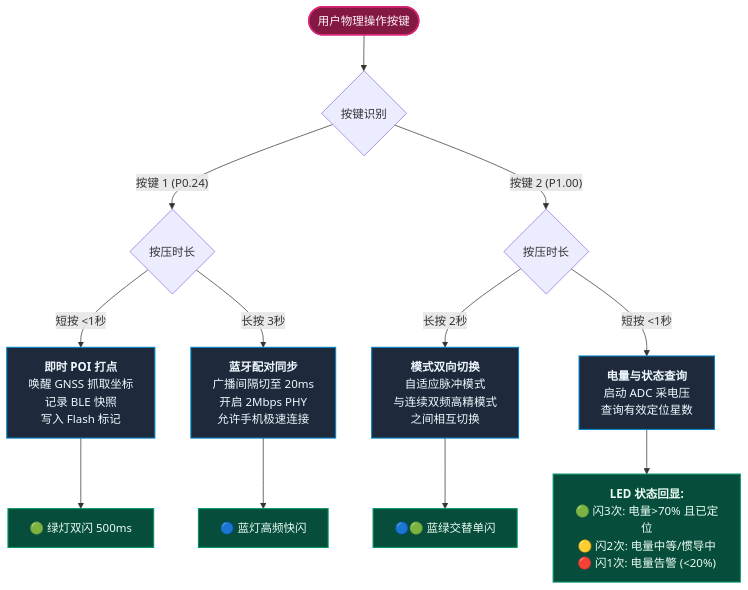
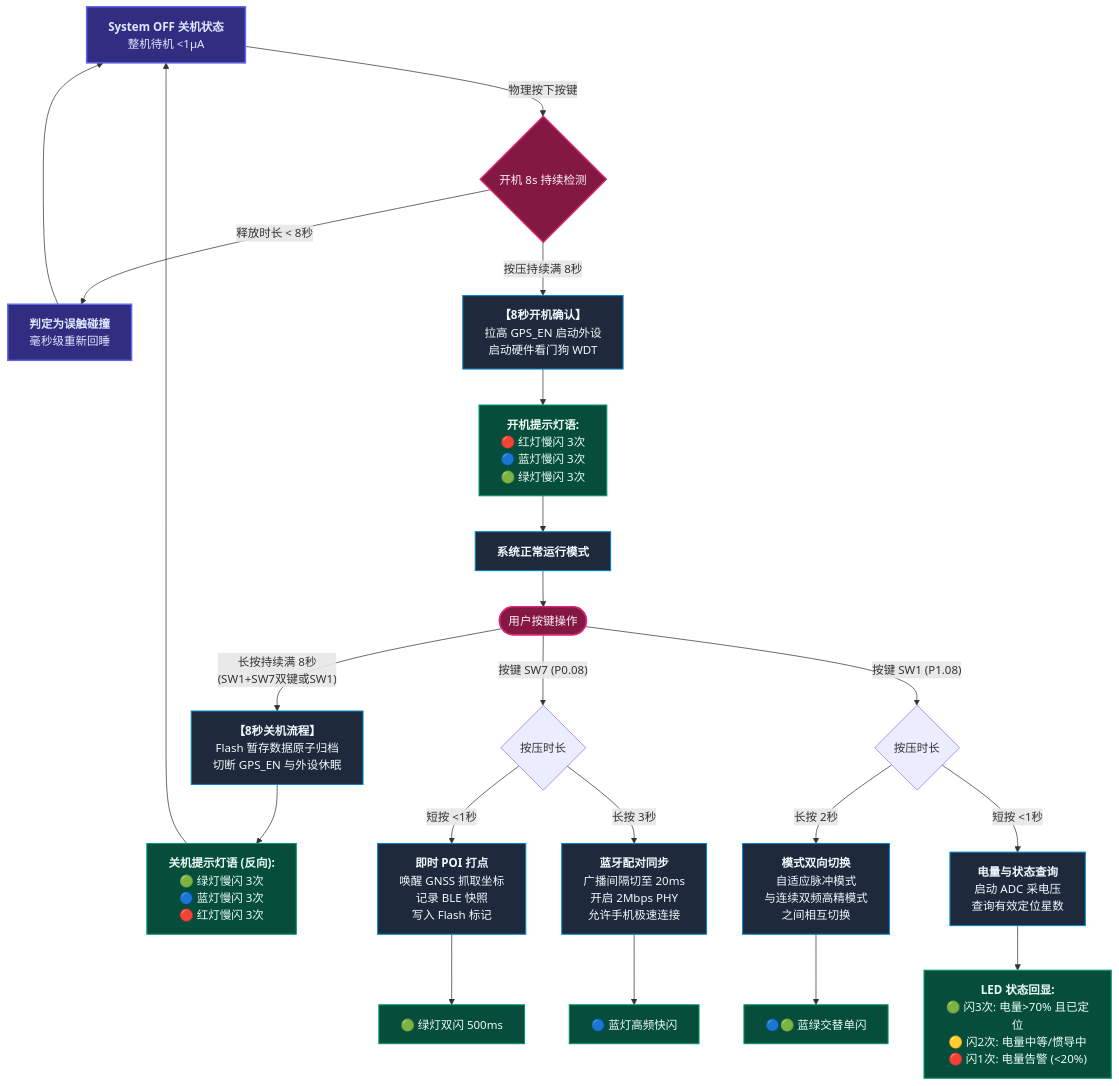
The second of 6 diagrams in README.md (suntyrael/Life_GPS), drawn with Mermaid before and after one commit. The commit also changed other lines of this file and 7 other files, not shown here.

First line of the commit message:
feat(hw-v0.1): sync V0.1 schematic, support LC97H, 8s power control, WDT, and recalibrate sensor axes

````diff
--- a/README.md
+++ b/README.md
@@ -383,22 +418,34 @@
 ```mermaid
 flowchart TD
     classDef key fill:#831843,stroke:#db2777,stroke-width:2px,color:#fdf2f8;
     classDef act fill:#1e293b,stroke:#0284c7,stroke-width:1.5px,color:#f0f9ff;
     classDef led fill:#064e3b,stroke:#059669,stroke-width:1.5px,color:#ecfdf5;
+    classDef off fill:#312e81,stroke:#6366f1,stroke-width:2px,color:#e0e7ff;
 
-    START(["用户物理操作按键"]):::key --> BRANCH{"按键识别"}
+    SYS_OFF["<b>System OFF 关机状态</b><br/>整机待机 &lt;1µA"]:::off -->|"物理按下按键"| WAKE_CHK{"开机 8s 持续检测"}:::key
 
-    BRANCH -->|"按键 1 (P0.24)"| K1{"按压时长"}
+    WAKE_CHK -->|"释放时长 &lt; 8秒"| RE_OFF["<b>判定为误触碰撞</b><br/>毫秒级重新回睡"]:::off --> SYS_OFF
+    WAKE_CHK -->|"按压持续满 8秒"| PWR_ON["<b>【8秒开机确认】</b><br/>拉高 GPS_EN 启动外设<br/>启动硬件看门狗 WDT"]:::act
+    PWR_ON --> ON_LED["<b>开机提示灯语:</b><br/>🔴 红灯慢闪 3次<br/>🔵 蓝灯慢闪 3次<br/>🟢 绿灯慢闪 3次"]:::led
+    ON_LED --> SYS_ON["<b>系统正常运行模式</b>"]:::act
+
+    SYS_ON --> USER_OP(["用户按键操作"]):::key
+
+    USER_OP -->|"长按持续满 8秒<br/>(SW1+SW7双键或SW1)"| PWR_OFF["<b>【8秒关机流程】</b><br/>Flash 暂存数据原子归档<br/>切断 GPS_EN 与外设休眠"]:::act
+    PWR_OFF --> OFF_LED["<b>关机提示灯语 (反向):</b><br/>🟢 绿灯慢闪 3次<br/>🔵 蓝灯慢闪 3次<br/>🔴 红灯慢闪 3次"]:::led
+    OFF_LED --> SYS_OFF
+
+    USER_OP -->|"按键 SW7 (P0.08)"| K1{"按压时长"}
     K1 -->|"短按 &lt;1秒"| POI["<b>即时 POI 打点</b><br/>唤醒 GNSS 抓取坐标<br/>记录 BLE 快照<br/>写入 Flash 标记"]:::act
     POI --> POI_LED["🟢 绿灯双闪 500ms"]:::led
 
     K1 -->|"长按 3秒"| PAIR["<b>蓝牙配对同步</b><br/>广播间隔切至 20ms<br/>开启 2Mbps PHY<br/>允许手机极速连接"]:::act
     PAIR --> PAIR_LED["🔵 蓝灯高频快闪"]:::led
 
-    BRANCH -->|"按键 2 (P1.00)"| K2{"按压时长"}
+    USER_OP -->|"按键 SW1 (P1.08)"| K2{"按压时长"}
     K2 -->|"长按 2秒"| TOGGLE["<b>模式双向切换</b><br/>自适应脉冲模式<br/>与连续双频高精模式<br/>之间相互切换"]:::act
     TOGGLE --> TOG_LED["🔵🟢 蓝绿交替单闪"]:::led
 
     K2 -->|"短按 &lt;1秒"| QUERY["<b>电量与状态查询</b><br/>启动 ADC 采电压<br/>查询有效定位星数"]:::act
     QUERY --> Q_LED["<b>LED 状态回显:</b><br/>🟢 闪3次: 电量&gt;70% 且已定位<br/>🟡 闪2次: 电量中等/惯导中<br/>🔴 闪1次: 电量告警 (&lt;20%)"]:::led
 ```
````
